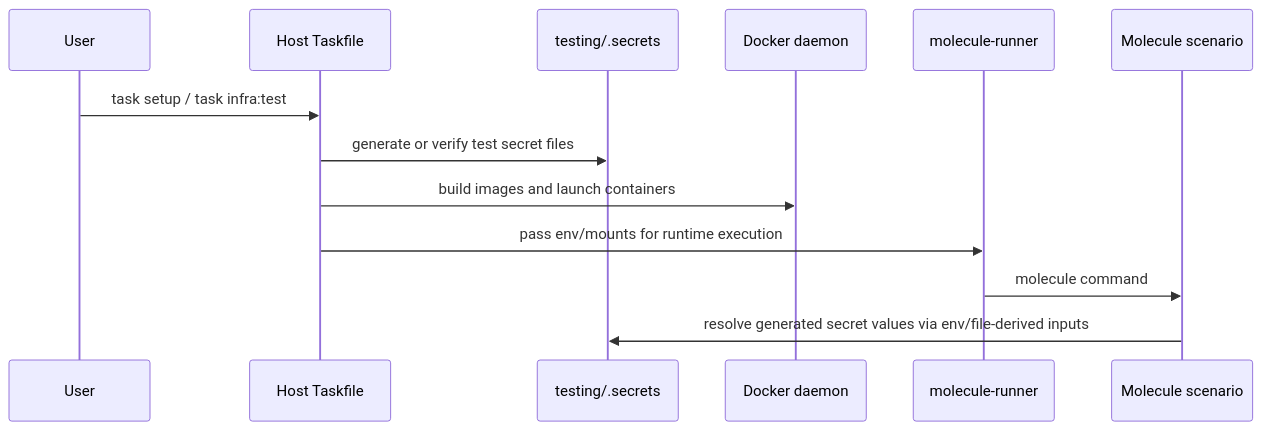
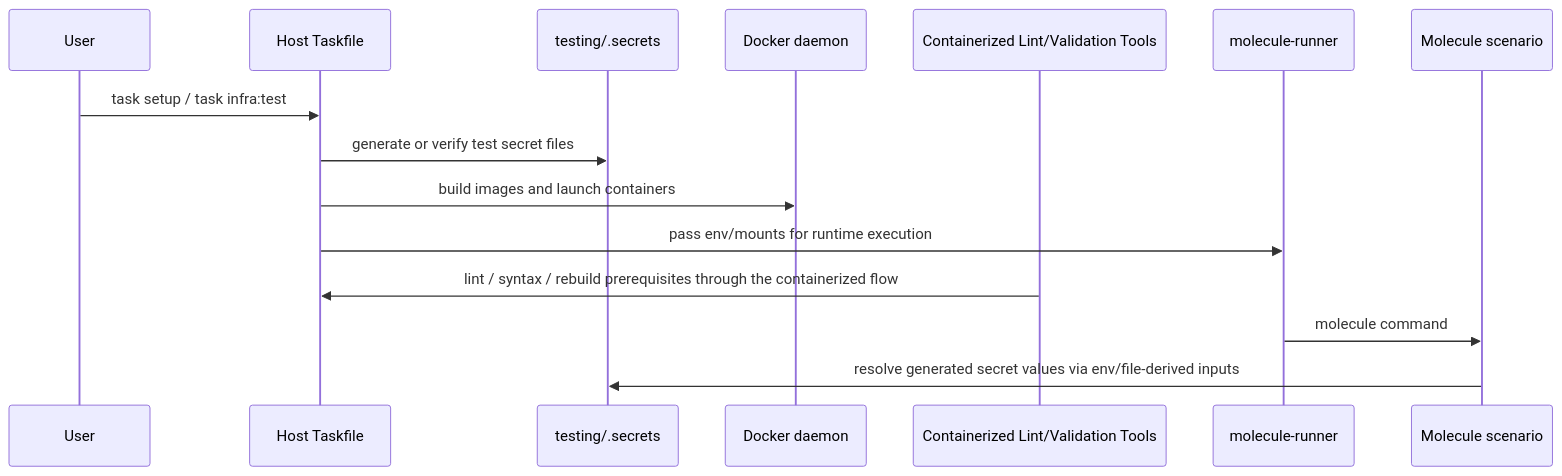
The second of 2 diagrams in .kiro/specs/pr-252-review-fixes/design.md (kundeng/ansible-role-for-splunk), drawn with Mermaid before and after one commit. The commit also changed other lines of this file and 16 other files, not shown here.

First line of the commit message:
docs(pr-252-review-fixes): align spec to containerized harness architecture

````diff
--- a/.kiro/specs/pr-252-review-fixes/design.md
+++ b/.kiro/specs/pr-252-review-fixes/design.md
@@ -85,16 +129,18 @@
 ```mermaid
 sequenceDiagram
     participant User
     participant Task as Host Taskfile
     participant Secrets as testing/.secrets
     participant Docker as Docker daemon
+    participant Tools as Containerized Lint/Validation Tools
     participant Runner as molecule-runner
     participant Scenario as Molecule scenario
 
     User->>Task: task setup / task infra:test
     Task->>Secrets: generate or verify test secret files
     Task->>Docker: build images and launch containers
     Task->>Runner: pass env/mounts for runtime execution
+    Tools->>Task: lint / syntax / rebuild prerequisites through the containerized flow
     Runner->>Scenario: molecule command
     Scenario->>Secrets: resolve generated secret values via env/file-derived inputs
 ```
````
